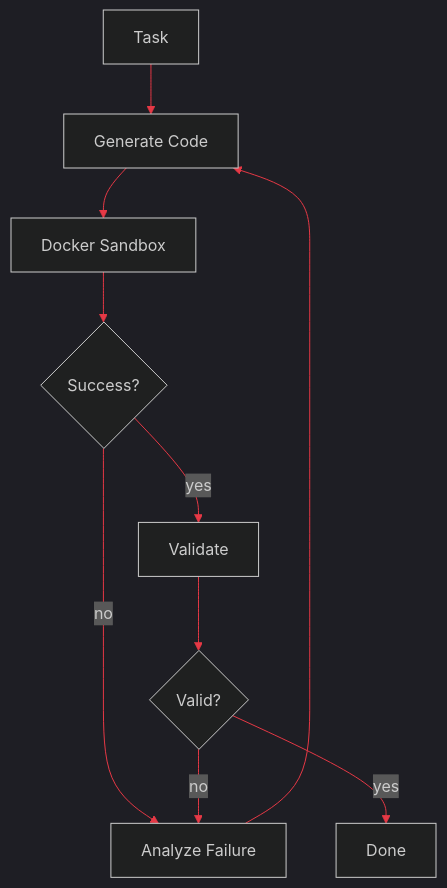
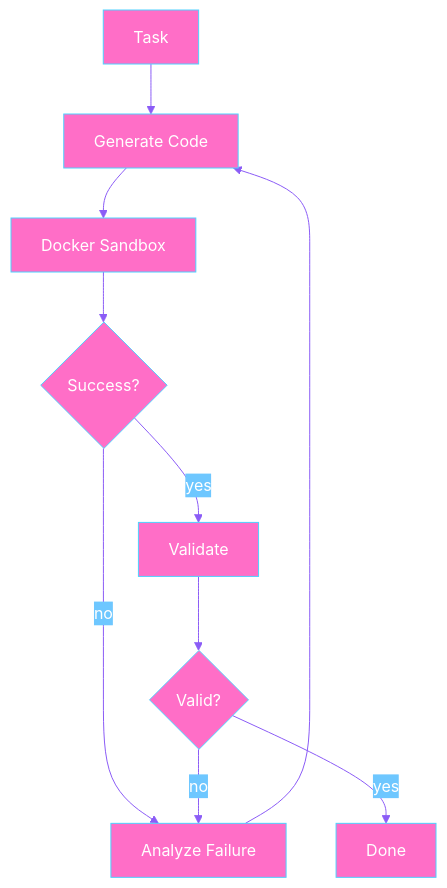
Before and after one commit to ruthcaroliine/ruthcaroliine: the fourth of 4 diagrams in README.md, drawn with Mermaid. The commit also changed other lines of this file, not shown here.

````diff
--- a/README.md
+++ b/README.md
@@ -95,13 +110,13 @@
 ```mermaid
-%%{init: {'theme':'dark', 'themeVariables': {'primaryColor':'#000000','primaryTextColor':'#ffffff','primaryBorderColor':'#E63946','lineColor':'#E63946','tertiaryColor':'#000000'}}}%%
+%%{init: {'theme':'base', 'themeVariables': {'primaryColor':'#FF6EC7','primaryTextColor':'#ffffff','primaryBorderColor':'#4FD1FF','lineColor':'#8B5CF6','tertiaryColor':'#ffe4f3'}}}%%
 flowchart TD
     A[Task] --> B[Generate Code]
     B --> C[Docker Sandbox]
     C --> D{Success?}
     D -->|no| F[Analyze Failure]
     F --> B
     D -->|yes| E[Validate]
     E --> G{Valid?}
     G -->|no| F
     G -->|yes| H[Done]
 ```
````
